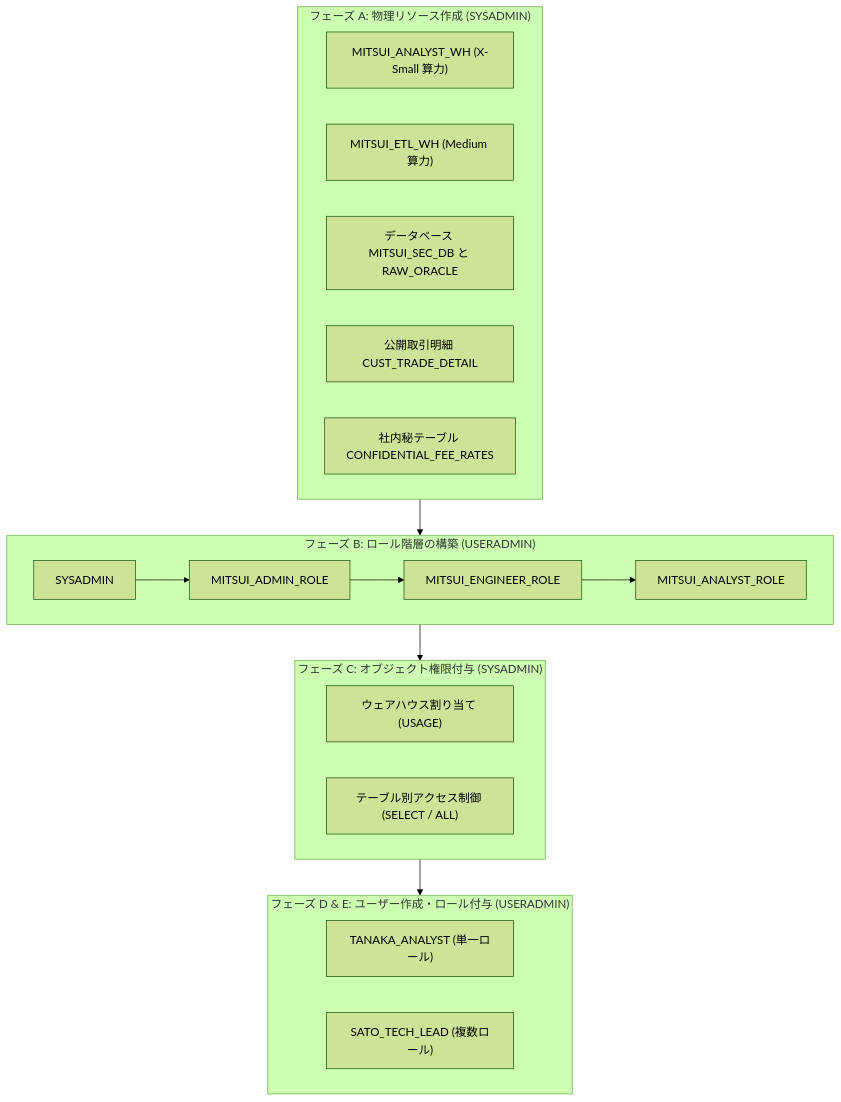
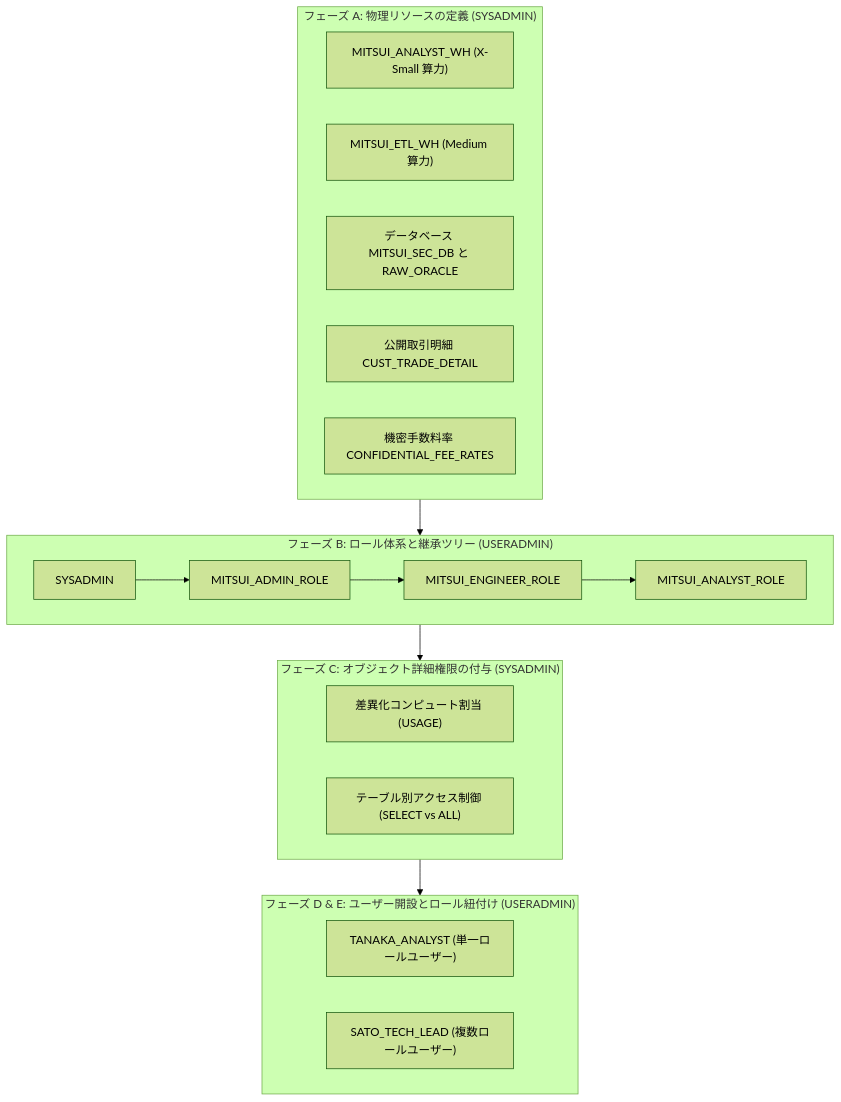
The second of 2 diagrams in docs/ja/03_snowflake_rbac_setup.md (BIGMAX-RKO007/snowflakeblog), drawn with Mermaid (forest theme) before and after one commit. The commit also changed other lines of this file and 2 other files, not shown here.

````diff
--- a/docs/ja/03_snowflake_rbac_setup.md
+++ b/docs/ja/03_snowflake_rbac_setup.md
@@ -322,30 +419,30 @@
 ```mermaid
 flowchart TD
-    subgraph S1 ["フェーズ A: 物理リソース作成 (SYSADMIN)"]
+    subgraph S1 ["フェーズ A: 物理リソースの定義 (SYSADMIN)"]
         W1["MITSUI_ANALYST_WH (X-Small 算力)"]
         W2["MITSUI_ETL_WH (Medium 算力)"]
         DB["データベース MITSUI_SEC_DB と RAW_ORACLE"]
         T1["公開取引明細 CUST_TRADE_DETAIL"]
-        T2["社内秘テーブル CONFIDENTIAL_FEE_RATES"]
+        T2["機密手数料率 CONFIDENTIAL_FEE_RATES"]
     end
 
-    subgraph S2 ["フェーズ B: ロール階層の構築 (USERADMIN)"]
+    subgraph S2 ["フェーズ B: ロール体系と継承ツリー (USERADMIN)"]
         R_SYS["SYSADMIN"]
         R_ADM["MITSUI_ADMIN_ROLE"]
         R_ENG["MITSUI_ENGINEER_ROLE"]
         R_ANA["MITSUI_ANALYST_ROLE"]
         R_SYS --> R_ADM --> R_ENG --> R_ANA
     end
 
-    subgraph S3 ["フェーズ C: オブジェクト権限付与 (SYSADMIN)"]
-        GRANT_W["ウェアハウス割り当て (USAGE)"]
-        GRANT_T["テーブル別アクセス制御 (SELECT / ALL)"]
+    subgraph S3 ["フェーズ C: オブジェクト詳細権限の付与 (SYSADMIN)"]
+        GRANT_W["差異化コンピュート割当 (USAGE)"]
+        GRANT_T["テーブル別アクセス制御 (SELECT vs ALL)"]
     end
 
-    subgraph S4 ["フェーズ D & E: ユーザー作成・ロール付与 (USERADMIN)"]
-        U1["TANAKA_ANALYST (単一ロール)"]
-        U2["SATO_TECH_LEAD (複数ロール)"]
+    subgraph S4 ["フェーズ D & E: ユーザー開設とロール紐付け (USERADMIN)"]
+        U1["TANAKA_ANALYST (単一ロールユーザー)"]
+        U2["SATO_TECH_LEAD (複数ロールユーザー)"]
     end
 
     S1 --> S2 --> S3 --> S4
 ```
````
